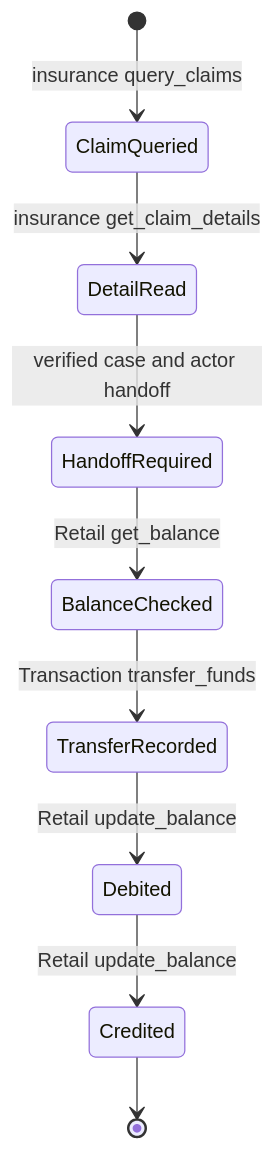
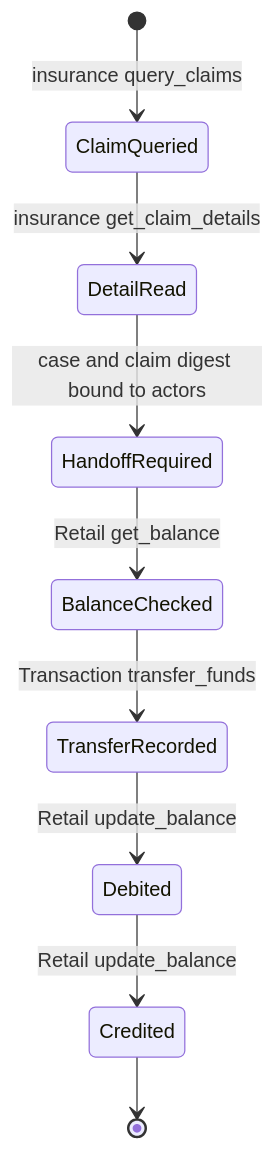
Before and after one commit to tao3k/cedar-poo-spec: the diagram in Examples/Enterprise/AWS/FinancialServices/ClaimSettlement.org, drawn with Mermaid. The commit also changed other lines of this file and 264 other files, not shown here.

```diff
--- a/Examples/Enterprise/AWS/FinancialServices/ClaimSettlement.org
+++ b/Examples/Enterprise/AWS/FinancialServices/ClaimSettlement.org
@@ -25,11 +25,11 @@
 #+begin_src mermaid
 stateDiagram-v2
     [*] --> ClaimQueried: insurance query_claims
     ClaimQueried --> DetailRead: insurance get_claim_details
-    DetailRead --> HandoffRequired: verified case and actor handoff
+    DetailRead --> HandoffRequired: case and claim digest bound to actors
     HandoffRequired --> BalanceChecked: Retail get_balance
     BalanceChecked --> TransferRecorded: Transaction transfer_funds
     TransferRecorded --> Debited: Retail update_balance
     Debited --> Credited: Retail update_balance
     Credited --> [*]
 #+end_src
```
